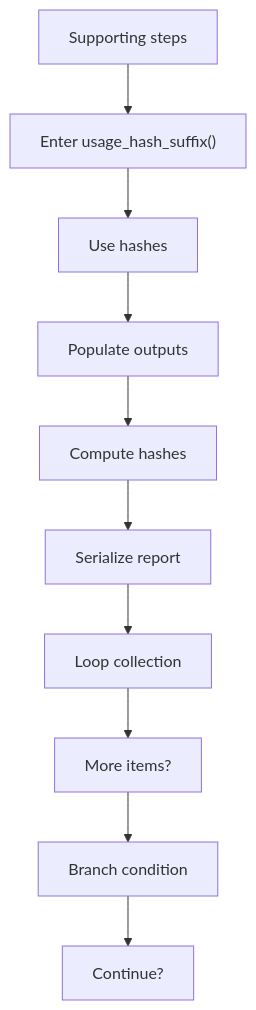
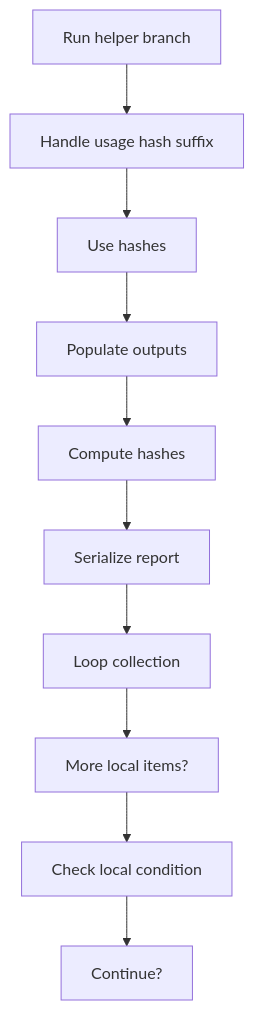
The fifth of 7 diagrams in docs/Codebase/Microservice/Modules/Source/HashingMechanism/ReverseMerkle/Flow/hash_program_flow.cpp.md (JohnAndrewBalbarosa/NeoTerritory), drawn with Mermaid before and after one commit. The commit also changed other lines of this file and 915 other files, not shown here.

````diff
--- a/docs/Codebase/Microservice/Modules/Source/HashingMechanism/ReverseMerkle/Flow/hash_program_flow.cpp.md
+++ b/docs/Codebase/Microservice/Modules/Source/HashingMechanism/ReverseMerkle/Flow/hash_program_flow.cpp.md
@@ -119,22 +119,22 @@
 ```mermaid
 flowchart TD
-    N0["Supporting steps"]
-    N1["Enter usage_hash_suffix()"]
+    N0["Run helper branch"]
+    N1["Handle usage hash suffix"]
     N2["Use hashes"]
     N3["Populate outputs"]
     N4["Compute hashes"]
     N5["Serialize report"]
     N6["Loop collection"]
-    N7["More items?"]
-    N8["Branch condition"]
+    N7["More local items?"]
+    N8["Check local condition"]
     N9["Continue?"]
     N0 --> N1
     N1 --> N2
     N2 --> N3
     N3 --> N4
     N4 --> N5
     N5 --> N6
     N6 --> N7
     N7 --> N8
     N8 --> N9
 ```
````
